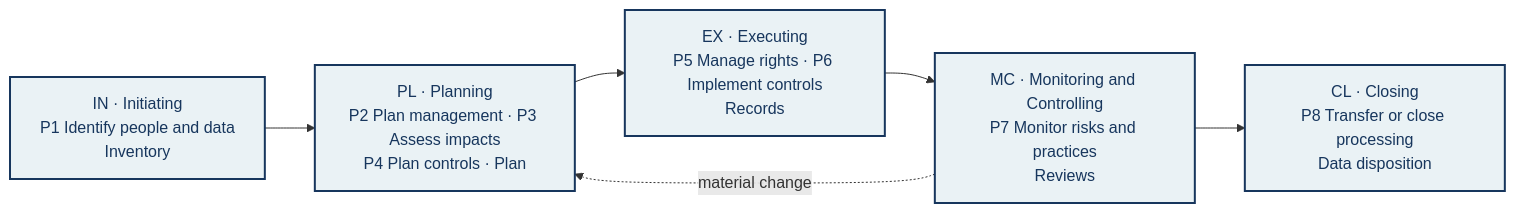
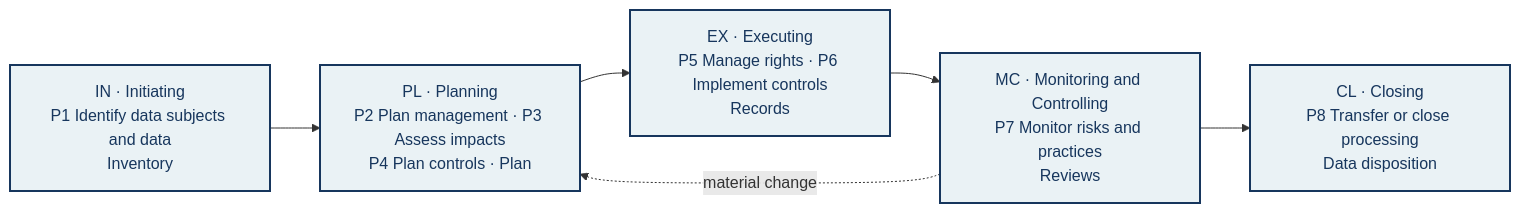
The second of 3 diagrams in _grupo/P3A/entregas/P3A_Privacidade2_Poster_EN.md (cadu-unb/_POS-PPCA-GPTI_2026-2), drawn with Mermaid before and after one commit. The commit also changed other lines of this file and 5 other files, not shown here.

````diff
--- a/_grupo/P3A/entregas/P3A_Privacidade2_Poster_EN.md
+++ b/_grupo/P3A/entregas/P3A_Privacidade2_Poster_EN.md
@@ -52,12 +56,12 @@
 ```mermaid
 flowchart LR
-    IN["IN · Initiating<br/>P1 Identify people and data<br/>Inventory"]
+    IN["IN · Initiating<br/>P1 Identify data subjects and data<br/>Inventory"]
     PL["PL · Planning<br/>P2 Plan management · P3 Assess impacts<br/>P4 Plan controls · Plan"]
     EX["EX · Executing<br/>P5 Manage rights · P6 Implement controls<br/>Records"]
     MC["MC · Monitoring and Controlling<br/>P7 Monitor risks and practices<br/>Reviews"]
     CL["CL · Closing<br/>P8 Transfer or close processing<br/>Data disposition"]
     IN --> PL --> EX --> MC --> CL
     MC -. material change .-> PL
     classDef phase fill:#eaf2f5,stroke:#17365d,stroke-width:2px,color:#17365d
     class IN,PL,EX,MC,CL phase
 ```
````
